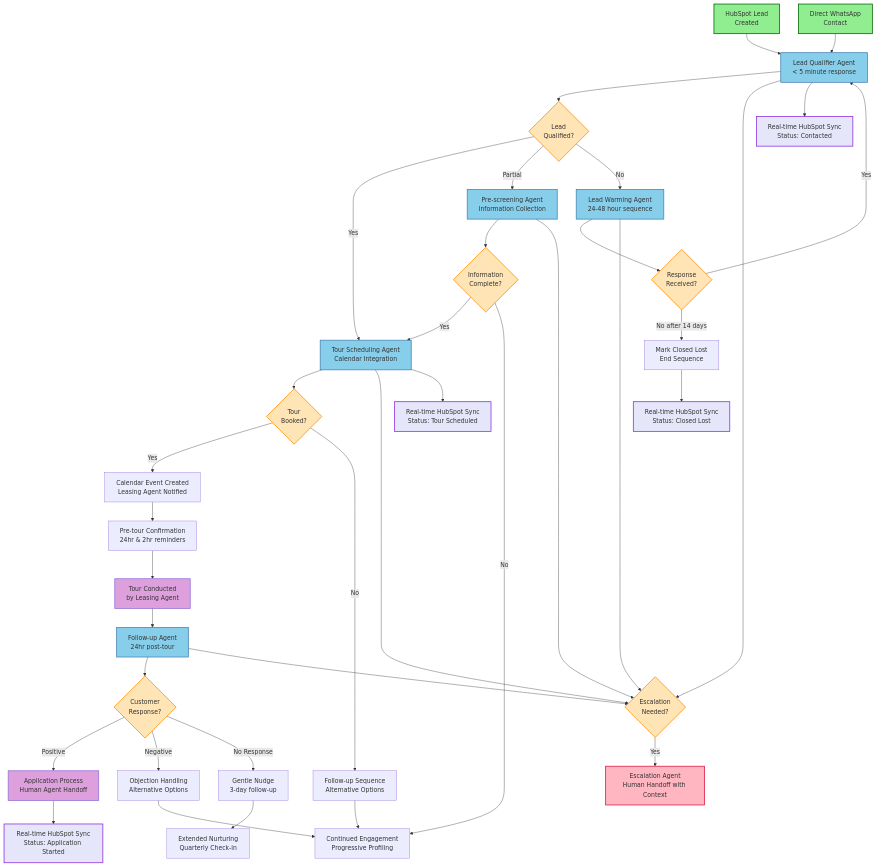
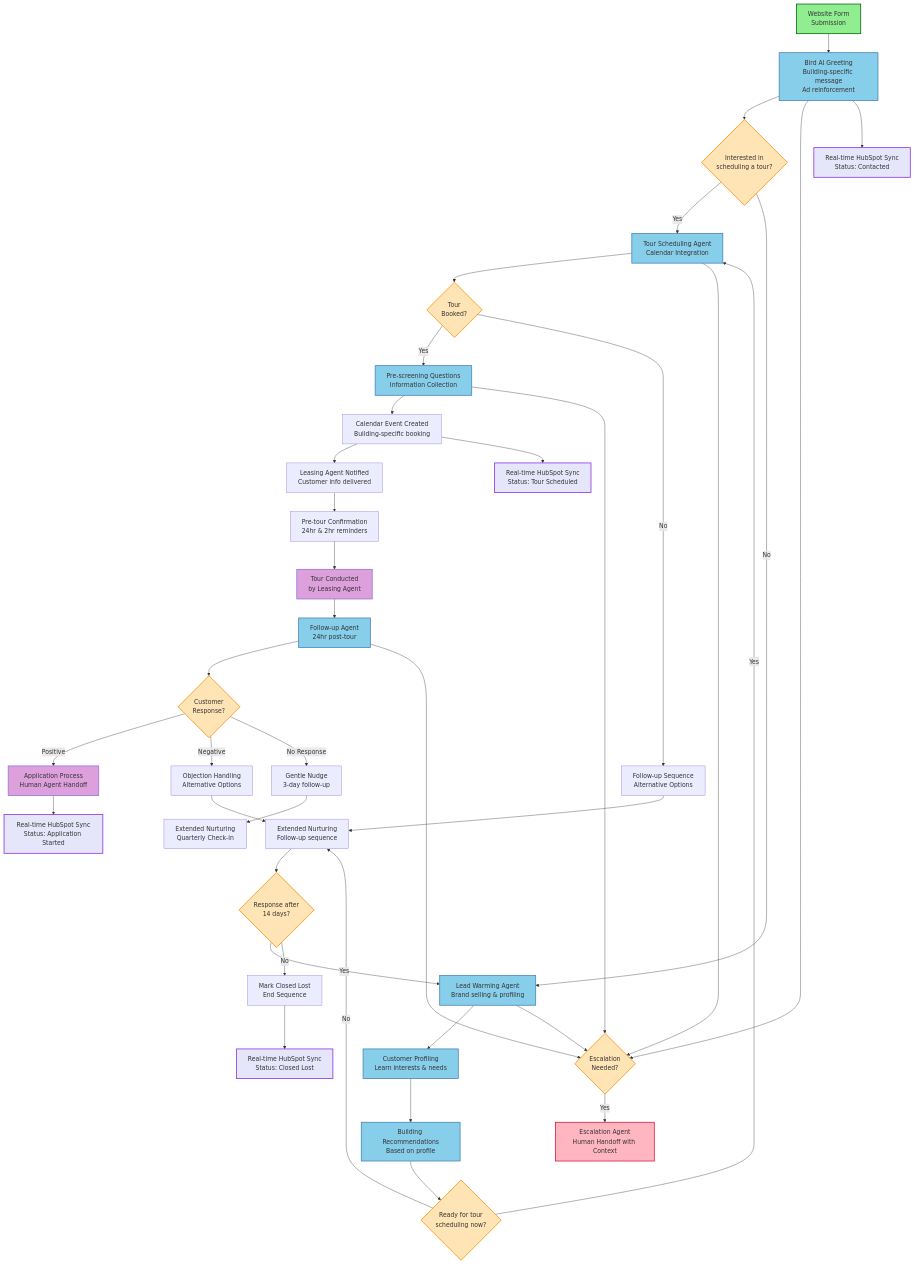
Before and after one commit to neeroai/urbanhub: the diagram in workflow-diagram.mmd, drawn with Mermaid. The commit also changed 8 other files, not shown here.

First line of the commit message:
feat(maya): complete Maya AI implementation diagram for CEO presentation

```diff
--- a/workflow-diagram.mmd
+++ b/workflow-diagram.mmd
@@ -1,70 +1,72 @@
 flowchart TD
-    %% Lead Entry Points
-    A[HubSpot Lead<br/>Created] --> B[Lead Qualifier Agent<br/>< 5 minute response]
-    A1[Direct WhatsApp<br/>Contact] --> B
+    %% Customer Entry Point
+    A[Website Form<br/>Submission] --> B[Bird AI Greeting<br/>Building-specific message<br/>Ad reinforcement]
     
-    %% Initial Qualification
-    B --> C{Lead<br/>Qualified?}
+    %% Direct Tour Interest Question
+    B --> C{Interested in<br/>scheduling a tour?}
     C -->|Yes| D[Tour Scheduling Agent<br/>Calendar Integration]
-    C -->|Partial| E[Pre-screening Agent<br/>Information Collection]
-    C -->|No| F[Lead Warming Agent<br/>24-48 hour sequence]
+    C -->|No| E[Lead Warming Agent<br/>Brand selling & profiling]
     
     %% Tour Scheduling Path
-    D --> G{Tour<br/>Booked?}
-    G -->|Yes| H[Calendar Event Created<br/>Leasing Agent Notified]
-    G -->|No| I[Follow-up Sequence<br/>Alternative Options]
+    D --> L{Tour<br/>Booked?}
+    L -->|Yes| M[Pre-screening Questions<br/>Information Collection]
+    L -->|No| N[Follow-up Sequence<br/>Alternative Options]
     
-    %% Pre-screening Path
-    E --> J{Information<br/>Complete?}
-    J -->|Yes| D
-    J -->|No| K[Continued Engagement<br/>Progressive Profiling]
+    %% Pre-screening and Calendar Booking
+    M --> O[Calendar Event Created<br/>Building-specific booking]
+    O --> P[Leasing Agent Notified<br/>Customer info delivered]
     
-    %% Warming Path
-    F --> L{Response<br/>Received?}
-    L -->|Yes| B
-    L -->|No after 14 days| M[Mark Closed Lost<br/>End Sequence]
+    %% Warming Sequence Path
+    E --> F[Customer Profiling<br/>Learn interests & needs]
+    F --> G[Building Recommendations<br/>Based on profile]
+    G --> H{Ready for tour<br/>scheduling now?}
+    H -->|Yes| D
+    H -->|No| I[Extended Nurturing<br/>Follow-up sequence]
+    I --> J{Response after<br/>14 days?}
+    J -->|Yes| E
+    J -->|No| K[Mark Closed Lost<br/>End Sequence]
     
     %% Tour Execution
-    H --> N[Pre-tour Confirmation<br/>24hr & 2hr reminders]
-    N --> O[Tour Conducted<br/>by Leasing Agent]
-    O --> P[Follow-up Agent<br/>24hr post-tour]
+    P --> Q[Pre-tour Confirmation<br/>24hr & 2hr reminders]
+    Q --> R[Tour Conducted<br/>by Leasing Agent]
+    R --> S[Follow-up Agent<br/>24hr post-tour]
     
     %% Post-tour Path
-    P --> Q{Customer<br/>Response?}
-    Q -->|Positive| R[Application Process<br/>Human Agent Handoff]
-    Q -->|Negative| S[Objection Handling<br/>Alternative Options]
-    Q -->|No Response| T[Gentle Nudge<br/>3-day follow-up]
+    S --> T{Customer<br/>Response?}
+    T -->|Positive| U[Application Process<br/>Human Agent Handoff]
+    T -->|Negative| V[Objection Handling<br/>Alternative Options]
+    T -->|No Response| W[Gentle Nudge<br/>3-day follow-up]
     
     %% Escalation Path
-    B --> U{Escalation<br/>Needed?}
-    D --> U
-    E --> U
-    F --> U
-    P --> U
-    U -->|Yes| V[Escalation Agent<br/>Human Handoff with Context]
+    B --> X{Escalation<br/>Needed?}
+    D --> X
+    E --> X
+    M --> X
+    S --> X
+    X -->|Yes| Y[Escalation Agent<br/>Human Handoff with Context]
     
     %% HubSpot Integration
-    B --> W[Real-time HubSpot Sync<br/>Status: Contacted]
-    D --> X[Real-time HubSpot Sync<br/>Status: Tour Scheduled]
-    R --> Y[Real-time HubSpot Sync<br/>Status: Application Started]
-    M --> Z[Real-time HubSpot Sync<br/>Status: Closed Lost]
+    B --> Z1[Real-time HubSpot Sync<br/>Status: Contacted]
+    O --> Z2[Real-time HubSpot Sync<br/>Status: Tour Scheduled]
+    U --> Z3[Real-time HubSpot Sync<br/>Status: Application Started]
+    K --> Z4[Real-time HubSpot Sync<br/>Status: Closed Lost]
     
     %% Feedback Loop
-    I --> K
-    S --> K
-    T --> AA[Extended Nurturing<br/>Quarterly Check-in]
+    N --> I
+    V --> I
+    W --> AA[Extended Nurturing<br/>Quarterly Check-in]
     
     %% Styling
     classDef startEnd fill:#90EE90,stroke:#006400,stroke-width:2px
     classDef agent fill:#87CEEB,stroke:#4682B4,stroke-width:2px
     classDef decision fill:#FFE4B5,stroke:#FF8C00,stroke-width:2px
     classDef hubspot fill:#E6E6FA,stroke:#8A2BE2,stroke-width:2px
     classDef escalation fill:#FFB6C1,stroke:#DC143C,stroke-width:2px
     classDef human fill:#DDA0DD,stroke:#9370DB,stroke-width:2px
     
-    class A,A1 startEnd
-    class B,D,E,F,P agent
-    class C,G,J,L,Q,U decision
-    class W,X,Y,Z hubspot
-    class V escalation
-    class O,R human
+    class A startEnd
+    class B,D,E,F,G,M,S agent
+    class C,H,J,L,T,X decision
+    class Z1,Z2,Z3,Z4 hubspot
+    class Y escalation
+    class R,U human
```
